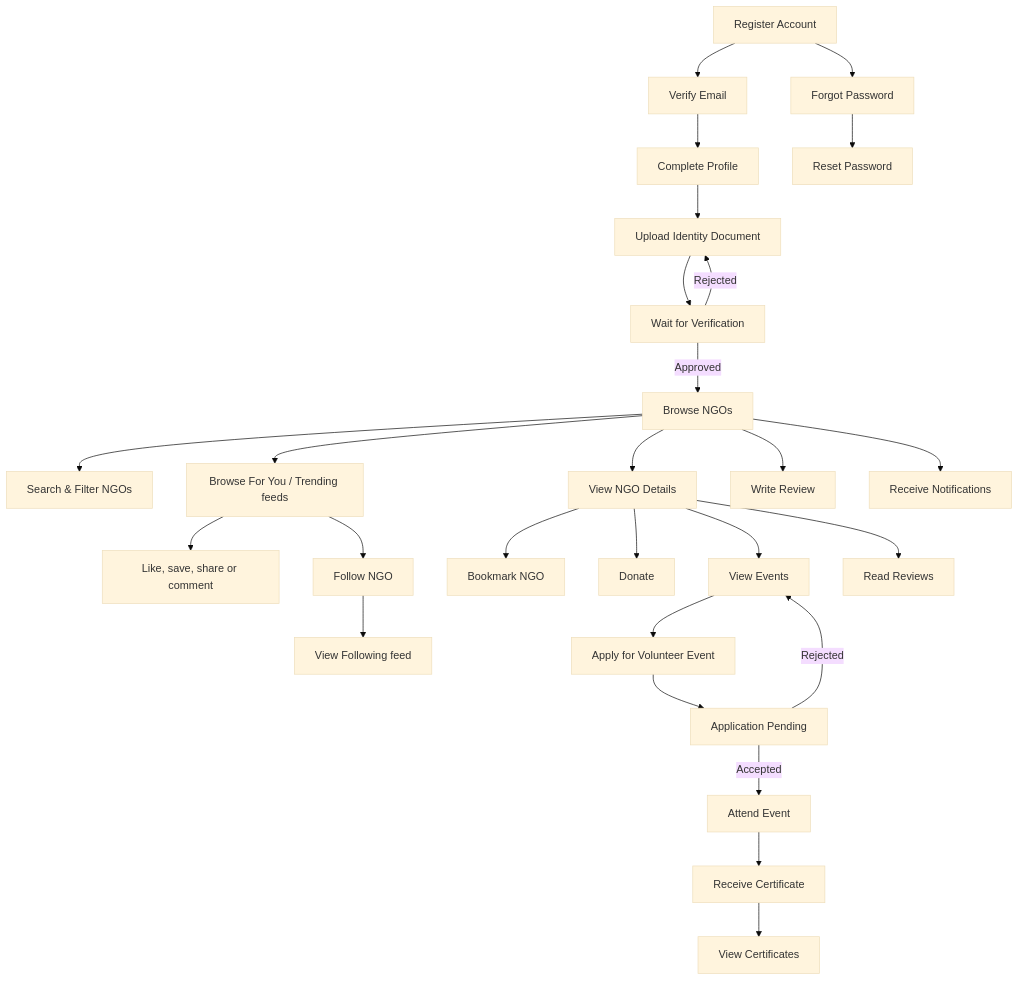
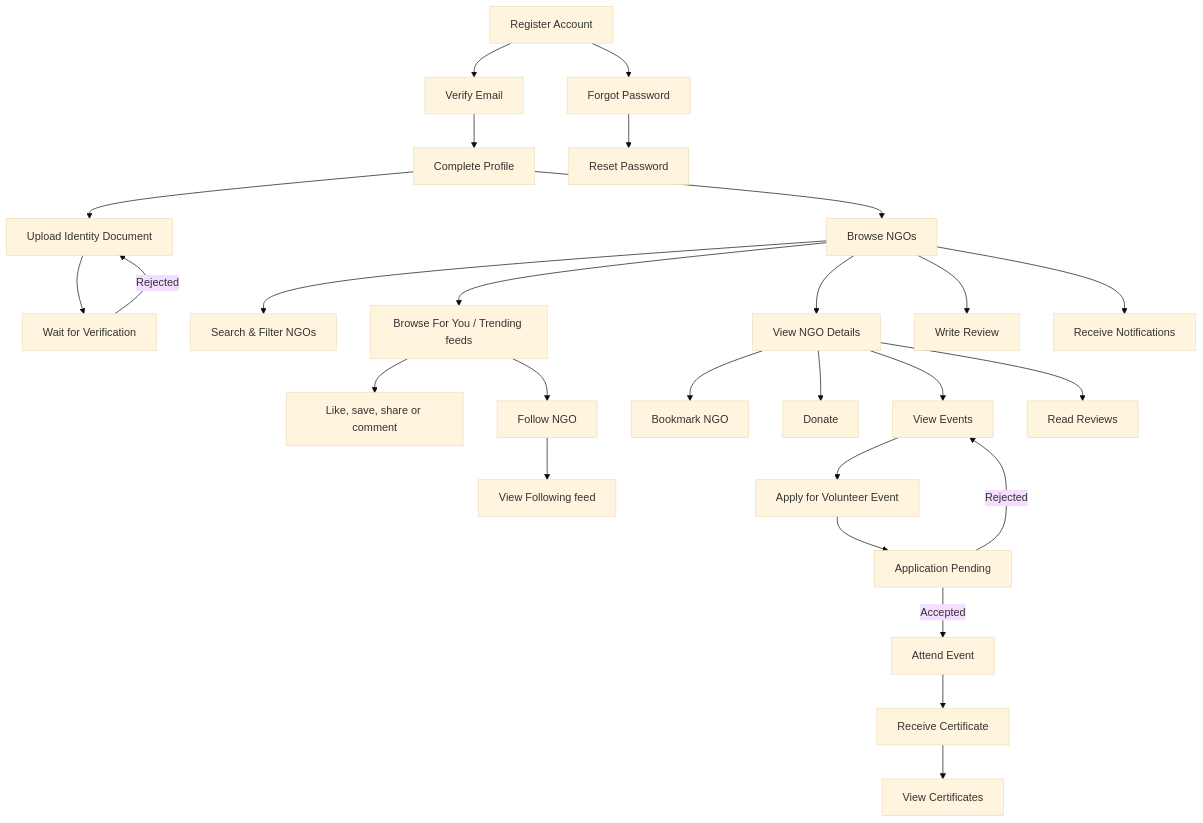
Before and after one commit to SinghAman21/nabhya: the diagram in docs/product/flows/volunteer.md, drawn with Mermaid (base theme). The commit also changed other lines of this file and 10 other files, not shown here.

````diff
--- a/docs/product/flows/volunteer.md
+++ b/docs/product/flows/volunteer.md
@@ -6,29 +6,29 @@
 ```mermaid
 flowchart TD
     A[Register Account] --> B[Verify Email]
     B --> C[Complete Profile]
     C --> D[Upload Identity Document]
     D --> E[Wait for Verification]
-    E -->|Approved| F[Browse NGOs]
     E -->|Rejected| D
+    C --> F[Browse NGOs]
     F --> G[Search & Filter NGOs]
     F --> V[Browse For You / Trending feeds]
     V --> W[Like, save, share or comment]
     V --> X[Follow NGO]
     X --> Y[View Following feed]
     F --> H[View NGO Details]
     H --> I[Bookmark NGO]
     H --> J[Donate]
     H --> K[View Events]
     H --> L[Read Reviews]
     K --> M[Apply for Volunteer Event]
     M --> N[Application Pending]
     N -->|Accepted| O[Attend Event]
     N -->|Rejected| K
     O --> P[Receive Certificate]
     F --> Q[Write Review]
     P --> R[View Certificates]
     A --> S[Forgot Password]
     S --> T[Reset Password]
     F --> U[Receive Notifications]
 ```
````
